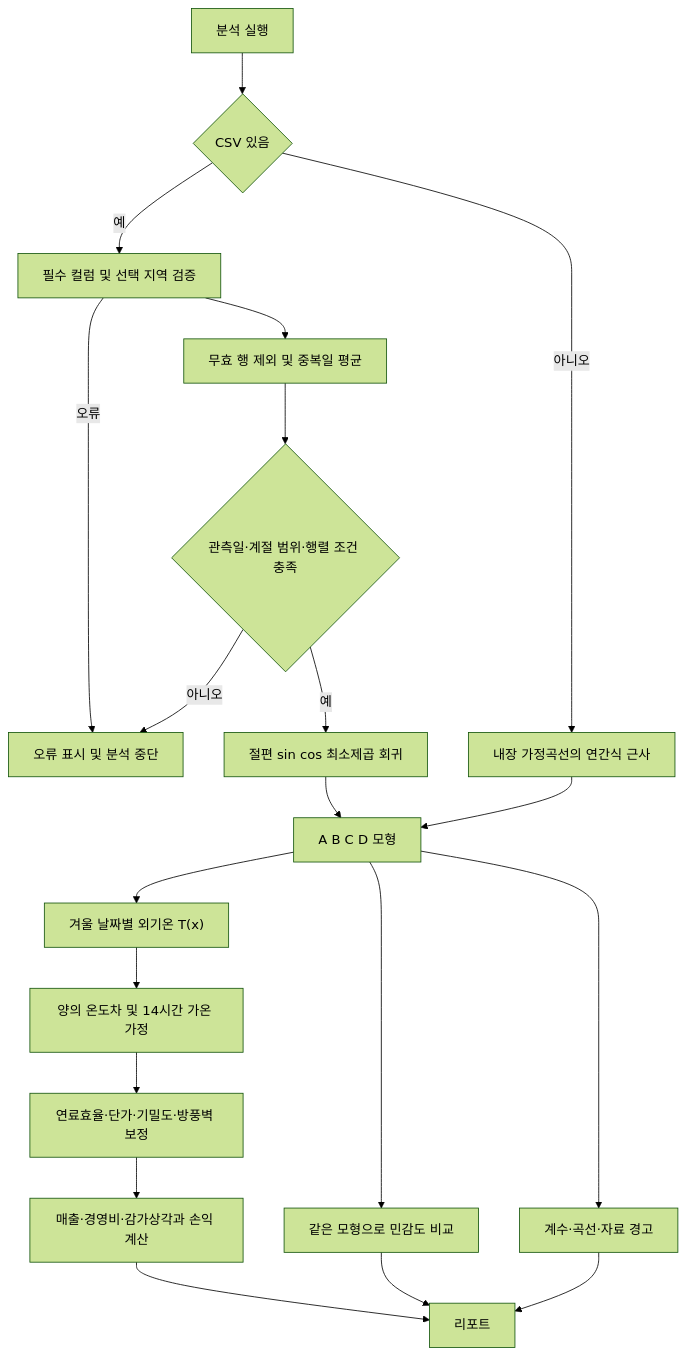
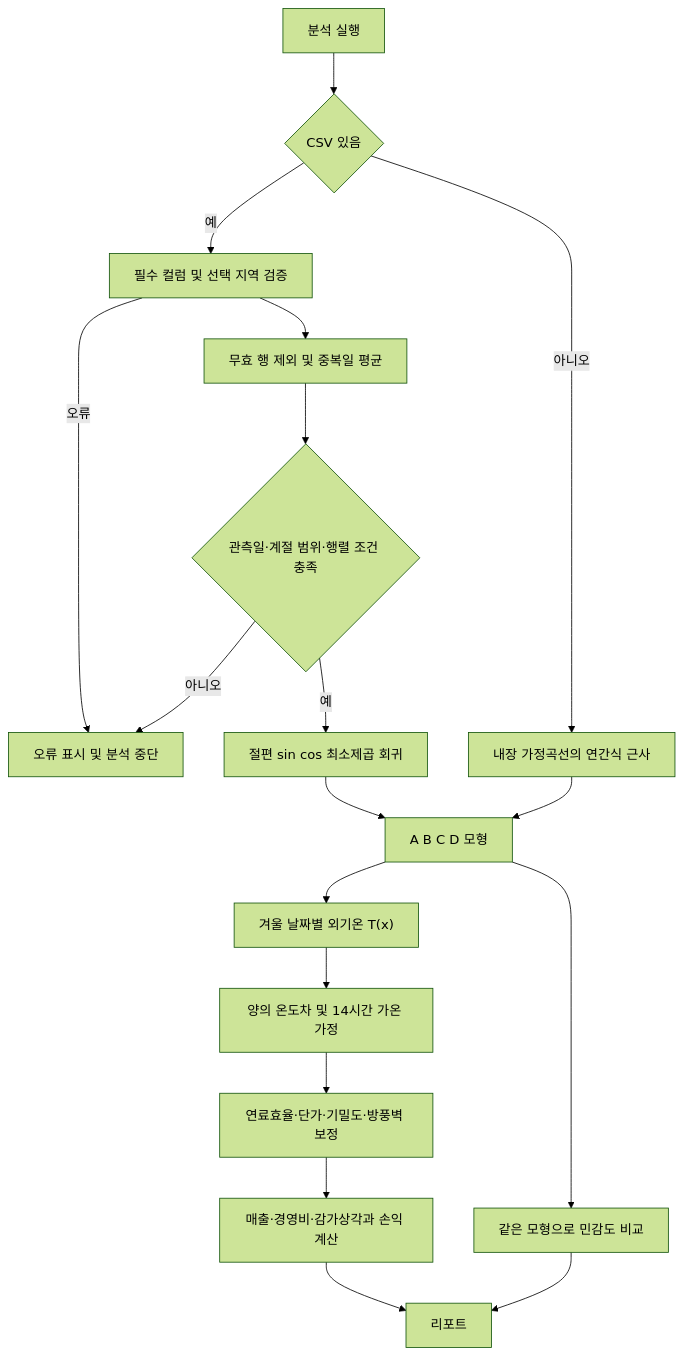
One commit to kuk-jong/fig-heating-decision-app changed the fifth of 5 diagrams in releases/v0.5/docs/APP_BLUEPRINT.md. Above: the diagram before and after it, drawn with Mermaid (forest theme). The commit also changed other lines of this file and 7 other files, not shown here.

````diff
--- a/releases/v0.5/docs/APP_BLUEPRINT.md
+++ b/releases/v0.5/docs/APP_BLUEPRINT.md
@@ -222,22 +221,20 @@
 ```mermaid
 flowchart TD
     request["분석 실행"] --> hasCsv{"CSV 있음"}
     hasCsv -->|"예"| validate["필수 컬럼 및 선택 지역 검증"]
     validate --> clean["무효 행 제외 및 중복일 평균"]
     clean --> eligible{"관측일·계절 범위·행렬 조건 충족"}
     validate -->|"오류"| stop["오류 표시 및 분석 중단"]
     eligible -->|"아니오"| stop
     eligible -->|"예"| regression["절편 sin cos 최소제곱 회귀"]
     regression --> model["A B C D 모형"]
     hasCsv -->|"아니오"| fallback["내장 가정곡선의 연간식 근사"]
     fallback --> model
-    model --> preview["계수·곡선·자료 경고"]
     model --> daily["겨울 날짜별 외기온 T(x)"]
     daily --> heat["양의 온도차 및 14시간 가온 가정"]
     heat --> cost["연료효율·단가·기밀도·방풍벽 보정"]
     cost --> profit["매출·경영비·감가상각과 손익 계산"]
     model --> sensitivity["같은 모형으로 민감도 비교"]
     profit --> report["리포트"]
     sensitivity --> report
-    preview --> report
 ```
````
